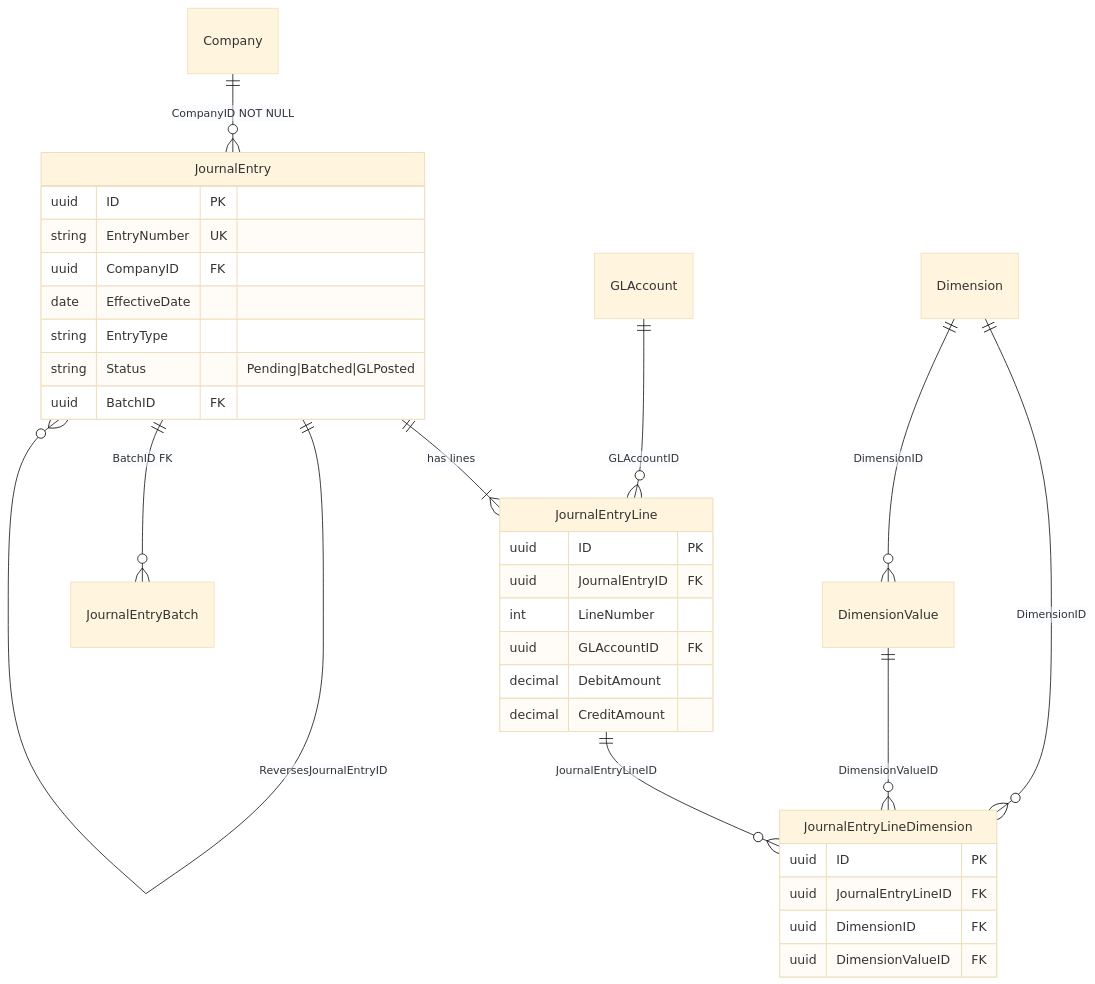
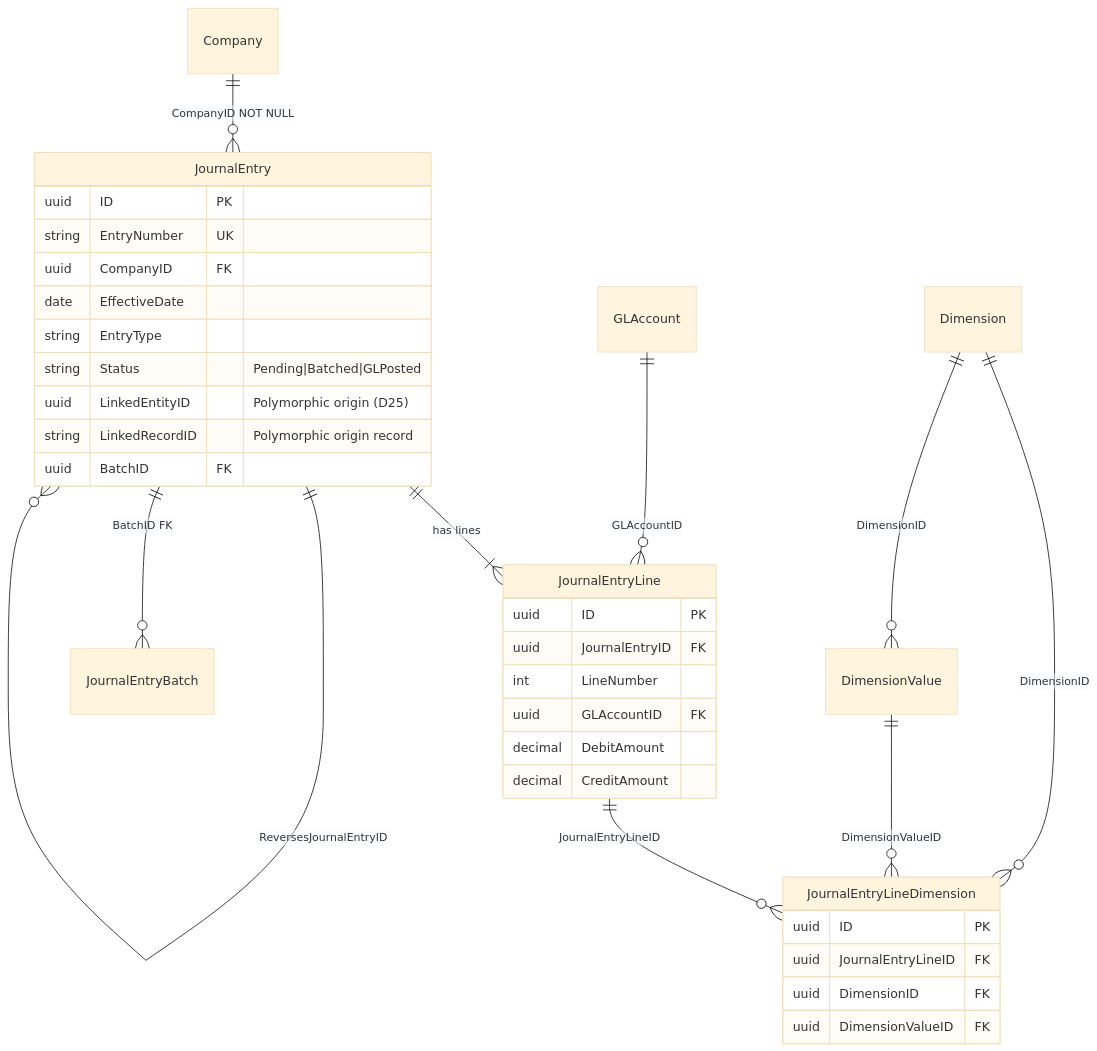
The second of 4 diagrams in plans/bizapps-accounting-master.md (MemberJunction/bizapps-accounting), drawn with Mermaid (base theme) before and after one commit. The commit also changed other lines of this file, not shown here.

First line of the commit message:
Plan: D25 polymorphic JE origin pair replaces origin FK columns + JournalEntryLink

````diff
--- a/plans/bizapps-accounting-master.md
+++ b/plans/bizapps-accounting-master.md
@@ -236,36 +237,38 @@
 ```mermaid
 erDiagram
     Company ||--o{ JournalEntry : "CompanyID NOT NULL"
     JournalEntry ||--|{ JournalEntryLine : "has lines"
     GLAccount ||--o{ JournalEntryLine : "GLAccountID"
     JournalEntryLine ||--o{ JournalEntryLineDimension : "JournalEntryLineID"
     Dimension ||--o{ JournalEntryLineDimension : "DimensionID"
     DimensionValue ||--o{ JournalEntryLineDimension : "DimensionValueID"
     Dimension ||--o{ DimensionValue : "DimensionID"
     JournalEntry ||--o{ JournalEntry : "ReversesJournalEntryID"
     JournalEntry ||--o{ JournalEntryBatch : "BatchID FK"
 
     JournalEntry {
         uuid ID PK
         string EntryNumber UK
         uuid CompanyID FK
         date EffectiveDate
         string EntryType
         string Status "Pending|Batched|GLPosted"
+        uuid LinkedEntityID "Polymorphic origin (D25)"
+        string LinkedRecordID "Polymorphic origin record"
         uuid BatchID FK
     }
     JournalEntryLine {
         uuid ID PK
         uuid JournalEntryID FK
         int LineNumber
         uuid GLAccountID FK
         decimal DebitAmount
         decimal CreditAmount
     }
     JournalEntryLineDimension {
         uuid ID PK
         uuid JournalEntryLineID FK
         uuid DimensionID FK
         uuid DimensionValueID FK
     }
 ```
````
